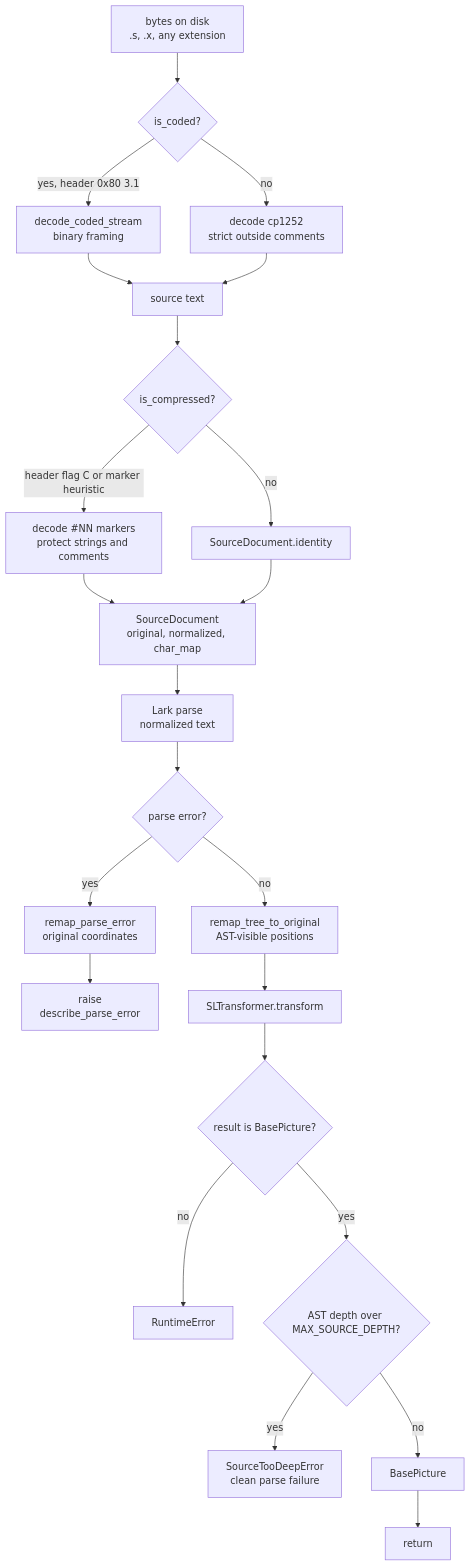
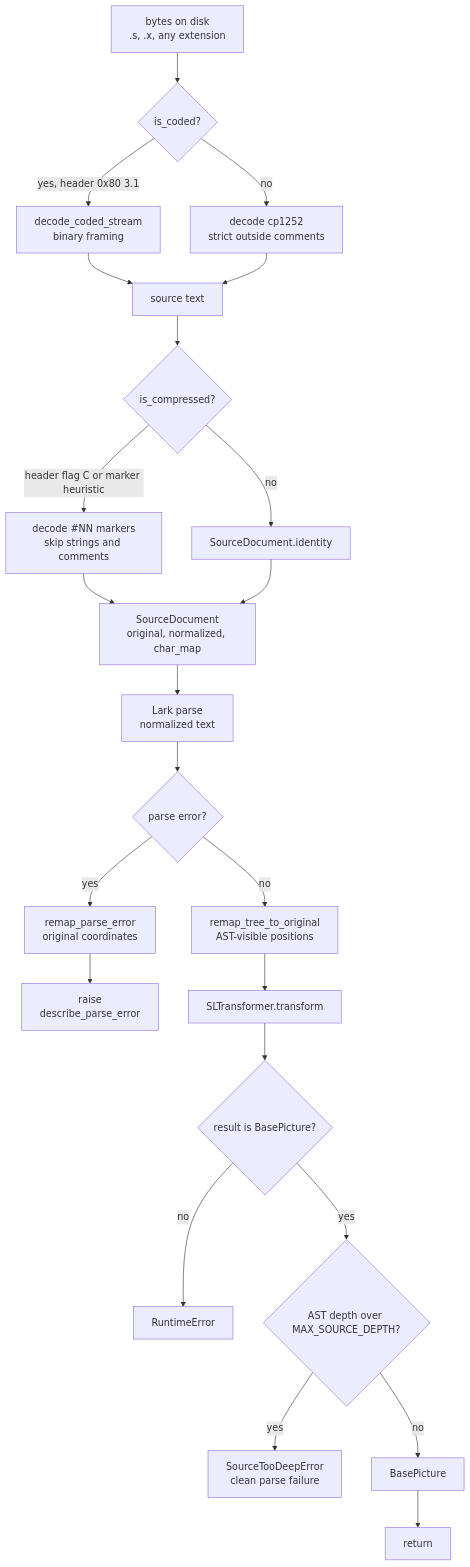
The first of 2 diagrams in docs/parse-pipeline.md (SorenHJohansen/sattline-parser), drawn with Mermaid before and after one commit. The commit also changed other lines of this file and 6 other files, not shown here.

First line of the commit message:
fix(preprocessing): decode markers without splicing placeholders

````diff
--- a/docs/parse-pipeline.md
+++ b/docs/parse-pipeline.md
@@ -8,25 +8,25 @@
 ```mermaid
 flowchart TB
     A["bytes on disk<br/>.s, .x, any extension"] --> B{"is_coded?"}
     B -->|yes, header 0x80 3.1| C["decode_coded_stream<br/>binary framing"]
     B -->|no| D["decode cp1252<br/>strict outside comments"]
     C --> E["source text"]
     D --> E
     E --> F{"is_compressed?"}
-    F -->|header flag C or marker heuristic| G["decode #NN markers<br/>protect strings and comments"]
+    F -->|header flag C or marker heuristic| G["decode #NN markers<br/>skip strings and comments"]
     F -->|no| H["SourceDocument.identity"]
     G --> I["SourceDocument<br/>original, normalized, char_map"]
     H --> I
     I --> J["Lark parse<br/>normalized text"]
     J --> K{"parse error?"}
     K -->|yes| L["remap_parse_error<br/>original coordinates"]
     L --> M["raise<br/>describe_parse_error"]
     K -->|no| N["remap_tree_to_original<br/>AST-visible positions"]
     N --> O["SLTransformer.transform"]
     O --> P{"result is BasePicture?"}
     P -->|no| Q["RuntimeError"]
     P -->|yes| DEPTH{"AST depth over MAX_SOURCE_DEPTH?"}
     DEPTH -->|yes| DEPTHFAIL["SourceTooDeepError<br/>clean parse failure"]
     DEPTH -->|no| R["BasePicture"]
     R --> U["return"]
 ```
````
